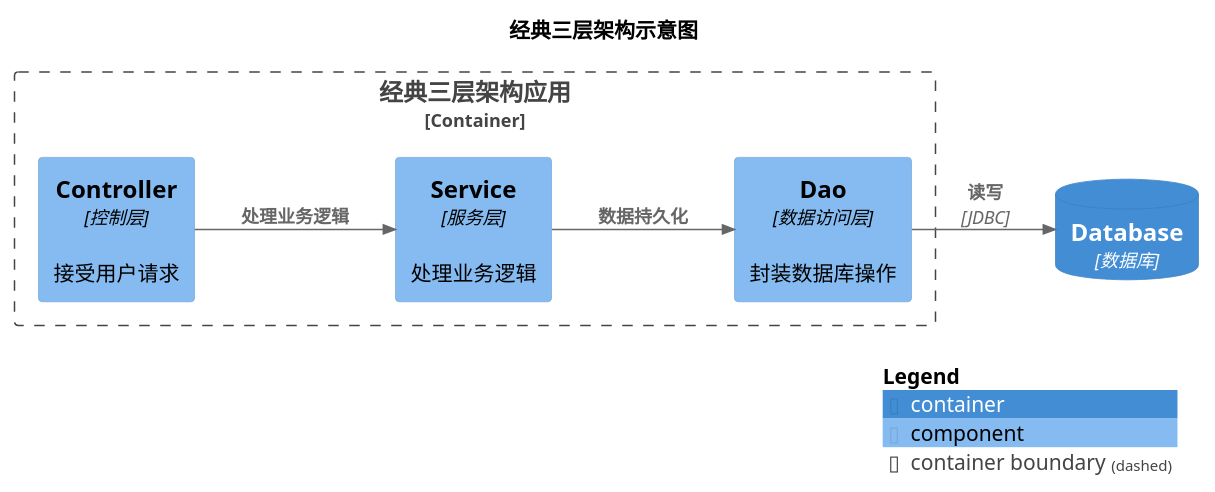
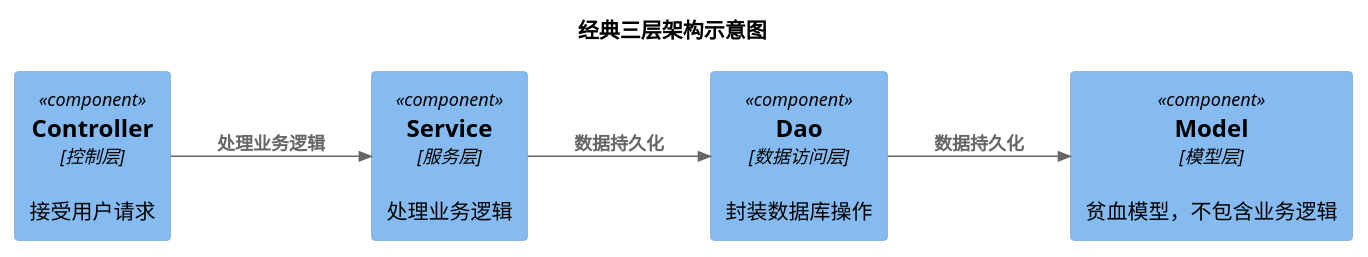
The diagram in plantuml/ct.001.puml (feiniaojin/Thinking-in-DDD), drawn with PlantUML before and after one commit. The commit also changed 23 other files, not shown here.

```diff
--- a/plantuml/ct.001.puml
+++ b/plantuml/ct.001.puml
@@ -1,24 +1,20 @@
 @startuml
 
 !include https://gitee.com/igingo/C4-PlantUML/raw/master/C4_Context.puml
 !include https://gitee.com/igingo/C4-PlantUML/raw/master/C4_Container.puml
 !include https://gitee.com/igingo/C4-PlantUML/raw/master/C4_Component.puml
 
 title 经典三层架构示意图
 
-Container_Boundary(CB_APP, "经典三层架构应用"){
-    Component(C_Controller, "Controller","控制层", "接受用户请求")
-    Component(C_Service, "Service", "服务层","处理业务逻辑")
-    Component(C_Dao, "Dao", "数据访问层","封装数据库操作")
-}
-
-ContainerDb(CDB, "Database", "数据库")
+Component(C_Controller, "Controller","控制层", "接受用户请求")
+Component(C_Service, "Service", "服务层","处理业务逻辑")
+Component(C_Dao, "Dao", "数据访问层","封装数据库操作")
+Component(C_Model, "Model", "模型层","贫血模型，不包含业务逻辑")
 
 Rel(C_Controller, C_Service, "处理业务逻辑")
 Rel(C_Service, C_Dao, "数据持久化")
-Rel(C_Dao, CDB, "读写","JDBC")
+Rel(C_Dao, C_Model, "数据持久化")
+
 left to right direction
 
-SHOW_LEGEND()
-
 @enduml
```
